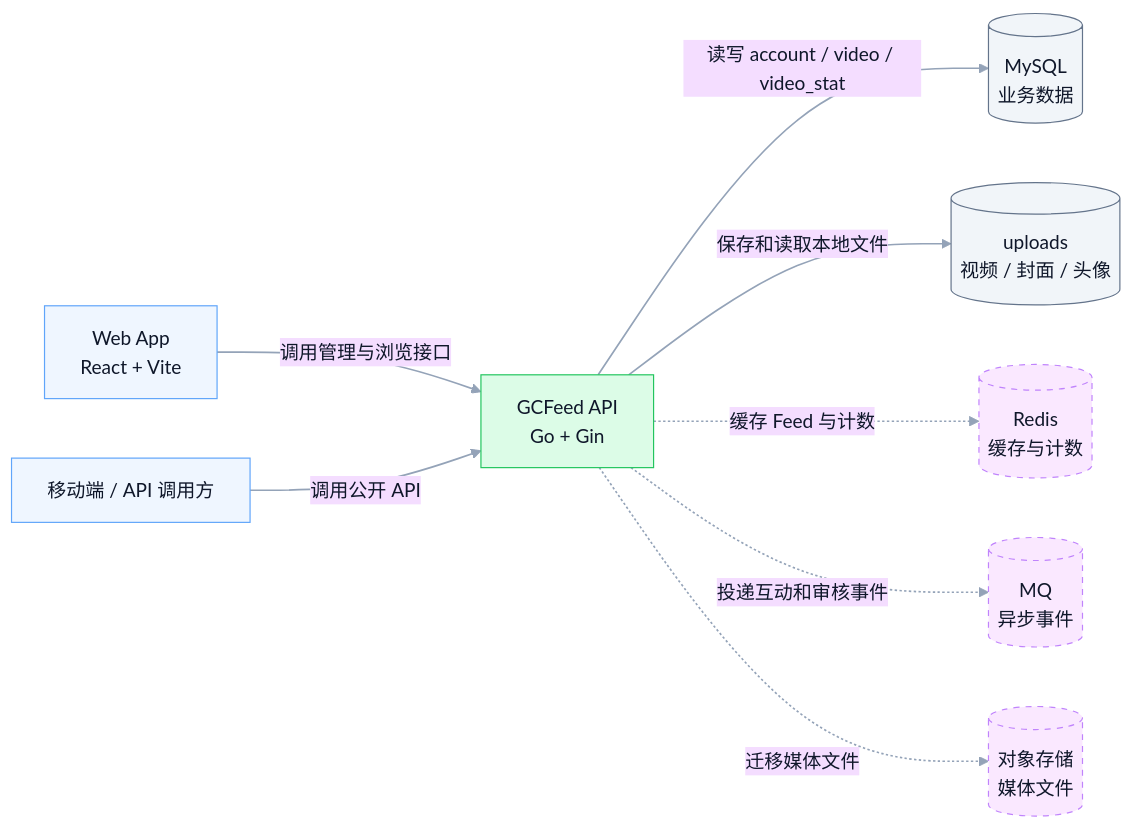
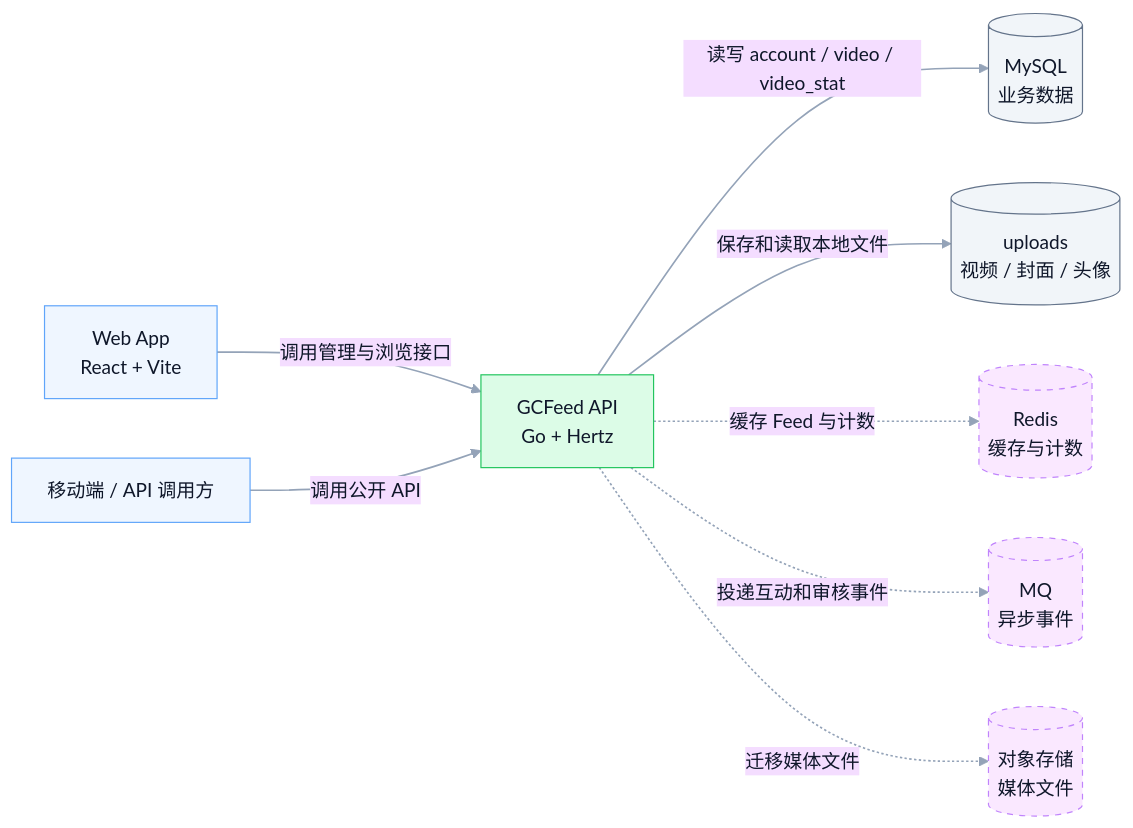
The first of 5 diagrams in docs/architecture.md (shiyudesu/frux), drawn with Mermaid before and after one commit. The commit also changed other lines of this file and 51 other files, not shown here.

First line of the commit message:
refactor(api): migrate HTTP server from Gin to Hertz

````diff
--- a/docs/architecture.md
+++ b/docs/architecture.md
@@ -9,43 +9,43 @@
 ```mermaid
 ---
 config:
   theme: base
   layout: dagre
   themeVariables:
     background: transparent
     fontFamily: Inter, PingFang SC, Microsoft YaHei, Arial
     primaryTextColor: "#0F172A"
     lineColor: "#94A3B8"
     clusterBkg: "#F8FAFC"
     clusterBorder: "#CBD5E1"
 ---
 flowchart LR
   %% GCFeed MVP system context
   classDef client fill:#EFF6FF,stroke:#60A5FA,color:#0F172A,stroke-width:1px;
   classDef system fill:#DCFCE7,stroke:#22C55E,color:#0F172A,stroke-width:1px;
   classDef store fill:#F1F5F9,stroke:#64748B,color:#0F172A,stroke-width:1px;
   classDef future fill:#FAE8FF,stroke:#C084FC,color:#0F172A,stroke-width:1px,stroke-dasharray:5 5;
 
   Web["Web App<br/>React + Vite"]
   Client["移动端 / API 调用方"]
-  API["GCFeed API<br/>Go + Gin"]
+  API["GCFeed API<br/>Go + Hertz"]
   MySQL[("MySQL<br/>业务数据")]
   Uploads[("uploads<br/>视频 / 封面 / 头像")]
   Redis[("Redis<br/>缓存与计数")]
   MQ[("MQ<br/>异步事件")]
   ObjectStorage[("对象存储<br/>媒体文件")]
 
   Web -->|"调用管理与浏览接口"| API
   Client -->|"调用公开 API"| API
   API -->|"读写 account / video / video_stat"| MySQL
   API -->|"保存和读取本地文件"| Uploads
   API -.->|"缓存 Feed 与计数"| Redis
   API -.->|"投递互动和审核事件"| MQ
   API -.->|"迁移媒体文件"| ObjectStorage
 
   class Web,Client client;
   class API system;
   class MySQL,Uploads store;
   class Redis,MQ,ObjectStorage future;
   linkStyle default stroke:#94A3B8,stroke-width:1.4px
 ```
````
